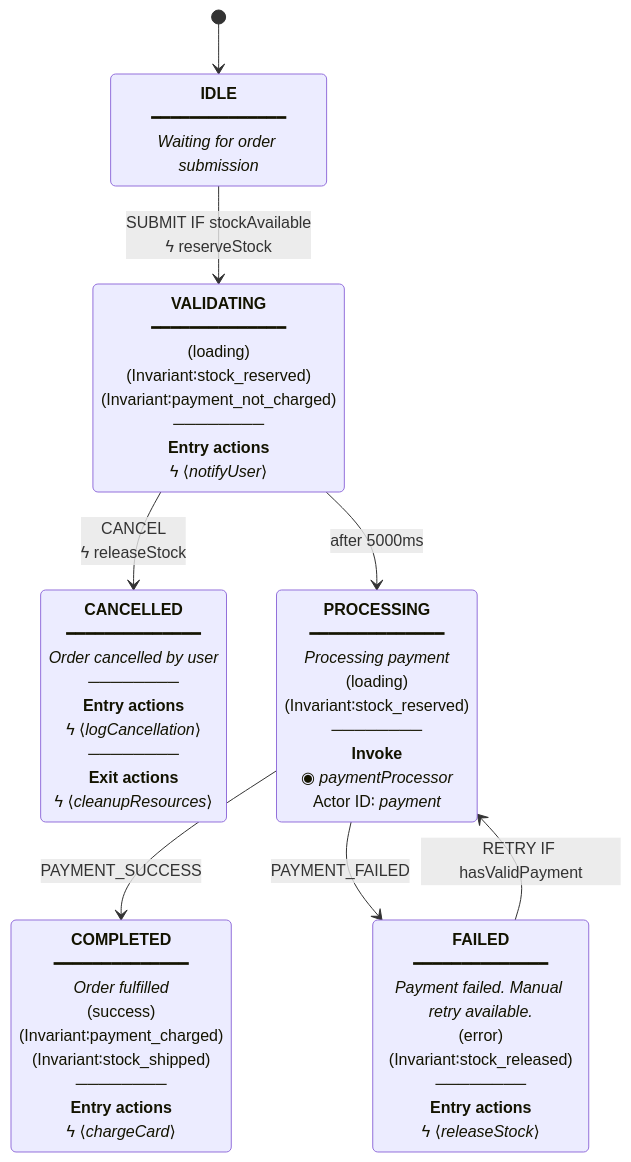
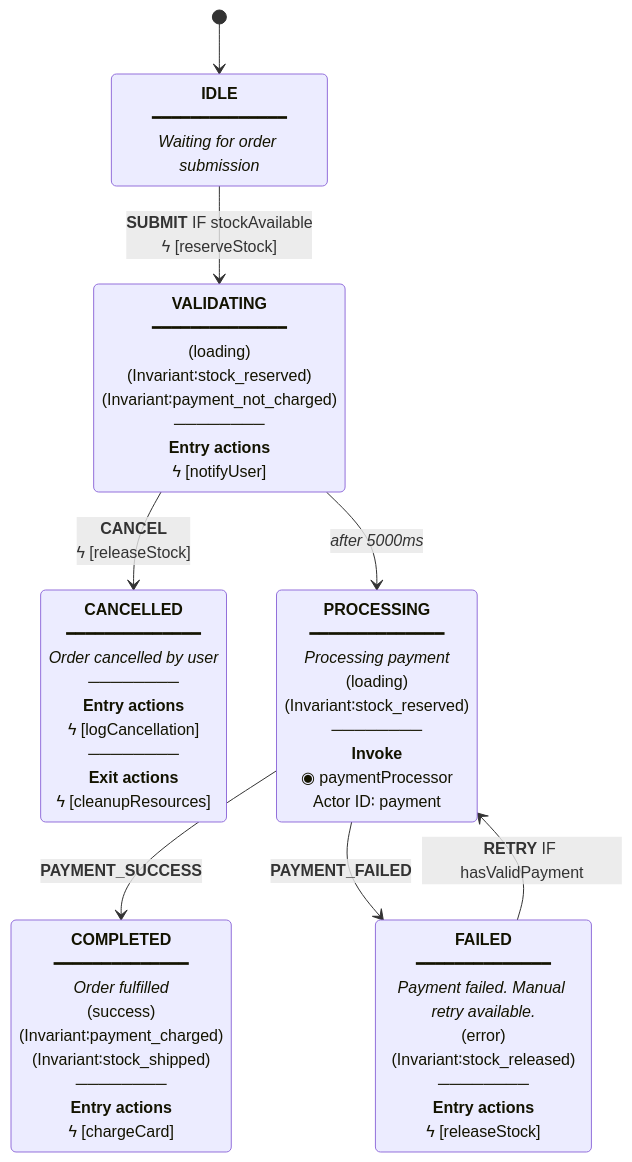
Before and after one commit to zitongcharliedeng/xstate-ts-to-mermaid: the diagram in README.md, drawn with Mermaid. The commit also changed other lines of this file and 2 other files, not shown here.

Commit message:
fix: bold event names, italic delayed transitions, square bracket actions
- Event names (CANCEL, PAYMENT_FAILED) are now bold
- Delayed transitions (after Xms) are now italic
- Actions use square brackets [action] instead of angle brackets
- Only descriptions are italic (removed italic from actor names)
- All visual styles now match Stately.ai reference more closely

````diff
--- a/README.md
+++ b/README.md
@@ -143,16 +143,16 @@
 ```mermaid
 stateDiagram-v2
     [*] --> idle
     idle: <b>IDLE</b><br/>━━━━━━━━━━━━━━<br/><i>Waiting for order submission</i>
-    idle --> validating: SUBMIT IF stockAvailable<br/>ϟ reserveStock
-    validating: <b>VALIDATING</b><br/>━━━━━━━━━━━━━━<br/>(loading)<br/>(Invariant∶stock_reserved)<br/>(Invariant∶payment_not_charged)<br/>────────<br/><b>Entry actions</b><br/>ϟ ⟨<i>notifyUser</i>⟩
-    validating --> cancelled: CANCEL<br/>ϟ releaseStock
-    validating --> processing: after 5000ms
-    processing: <b>PROCESSING</b><br/>━━━━━━━━━━━━━━<br/><i>Processing payment</i><br/>(loading)<br/>(Invariant∶stock_reserved)<br/>────────<br/><b>Invoke</b><br/>◉ <i>paymentProcessor</i><br/>Actor ID∶ <i>payment</i>
-    processing --> completed: PAYMENT_SUCCESS
-    processing --> failed: PAYMENT_FAILED
-    completed: <b>COMPLETED</b><br/>━━━━━━━━━━━━━━<br/><i>Order fulfilled</i><br/>(success)<br/>(Invariant∶payment_charged)<br/>(Invariant∶stock_shipped)<br/>────────<br/><b>Entry actions</b><br/>ϟ ⟨<i>chargeCard</i>⟩
-    failed: <b>FAILED</b><br/>━━━━━━━━━━━━━━<br/><i>Payment failed. Manual retry available.</i><br/>(error)<br/>(Invariant∶stock_released)<br/>────────<br/><b>Entry actions</b><br/>ϟ ⟨<i>releaseStock</i>⟩
-    failed --> processing: RETRY IF hasValidPayment
-    cancelled: <b>CANCELLED</b><br/>━━━━━━━━━━━━━━<br/><i>Order cancelled by user</i><br/>────────<br/><b>Entry actions</b><br/>ϟ ⟨<i>logCancellation</i>⟩<br/>────────<br/><b>Exit actions</b><br/>ϟ ⟨<i>cleanupResources</i>⟩
+    idle --> validating: <b>SUBMIT</b> IF stockAvailable<br/>ϟ [reserveStock]
+    validating: <b>VALIDATING</b><br/>━━━━━━━━━━━━━━<br/>(loading)<br/>(Invariant∶stock_reserved)<br/>(Invariant∶payment_not_charged)<br/>────────<br/><b>Entry actions</b><br/>ϟ [notifyUser]
+    validating --> cancelled: <b>CANCEL</b><br/>ϟ [releaseStock]
+    validating --> processing: <i>after 5000ms</i>
+    processing: <b>PROCESSING</b><br/>━━━━━━━━━━━━━━<br/><i>Processing payment</i><br/>(loading)<br/>(Invariant∶stock_reserved)<br/>────────<br/><b>Invoke</b><br/>◉ paymentProcessor<br/>Actor ID∶ payment
+    processing --> completed: <b>PAYMENT_SUCCESS</b>
+    processing --> failed: <b>PAYMENT_FAILED</b>
+    completed: <b>COMPLETED</b><br/>━━━━━━━━━━━━━━<br/><i>Order fulfilled</i><br/>(success)<br/>(Invariant∶payment_charged)<br/>(Invariant∶stock_shipped)<br/>────────<br/><b>Entry actions</b><br/>ϟ [chargeCard]
+    failed: <b>FAILED</b><br/>━━━━━━━━━━━━━━<br/><i>Payment failed. Manual retry available.</i><br/>(error)<br/>(Invariant∶stock_released)<br/>────────<br/><b>Entry actions</b><br/>ϟ [releaseStock]
+    failed --> processing: <b>RETRY</b> IF hasValidPayment
+    cancelled: <b>CANCELLED</b><br/>━━━━━━━━━━━━━━<br/><i>Order cancelled by user</i><br/>────────<br/><b>Entry actions</b><br/>ϟ [logCancellation]<br/>────────<br/><b>Exit actions</b><br/>ϟ [cleanupResources]
 ```
````
